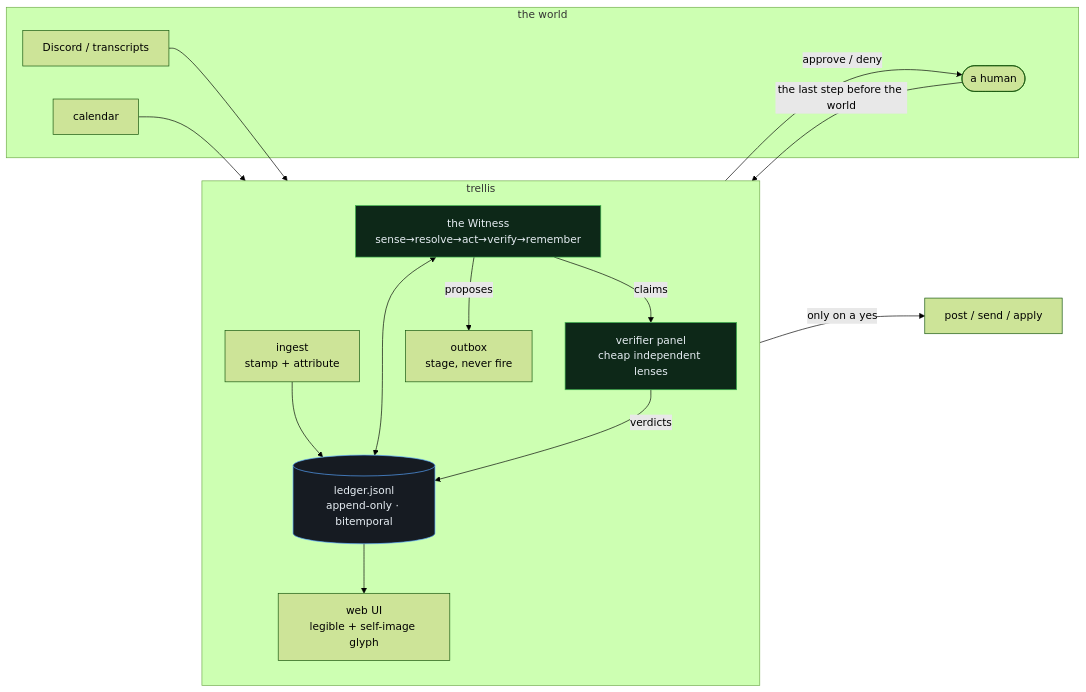
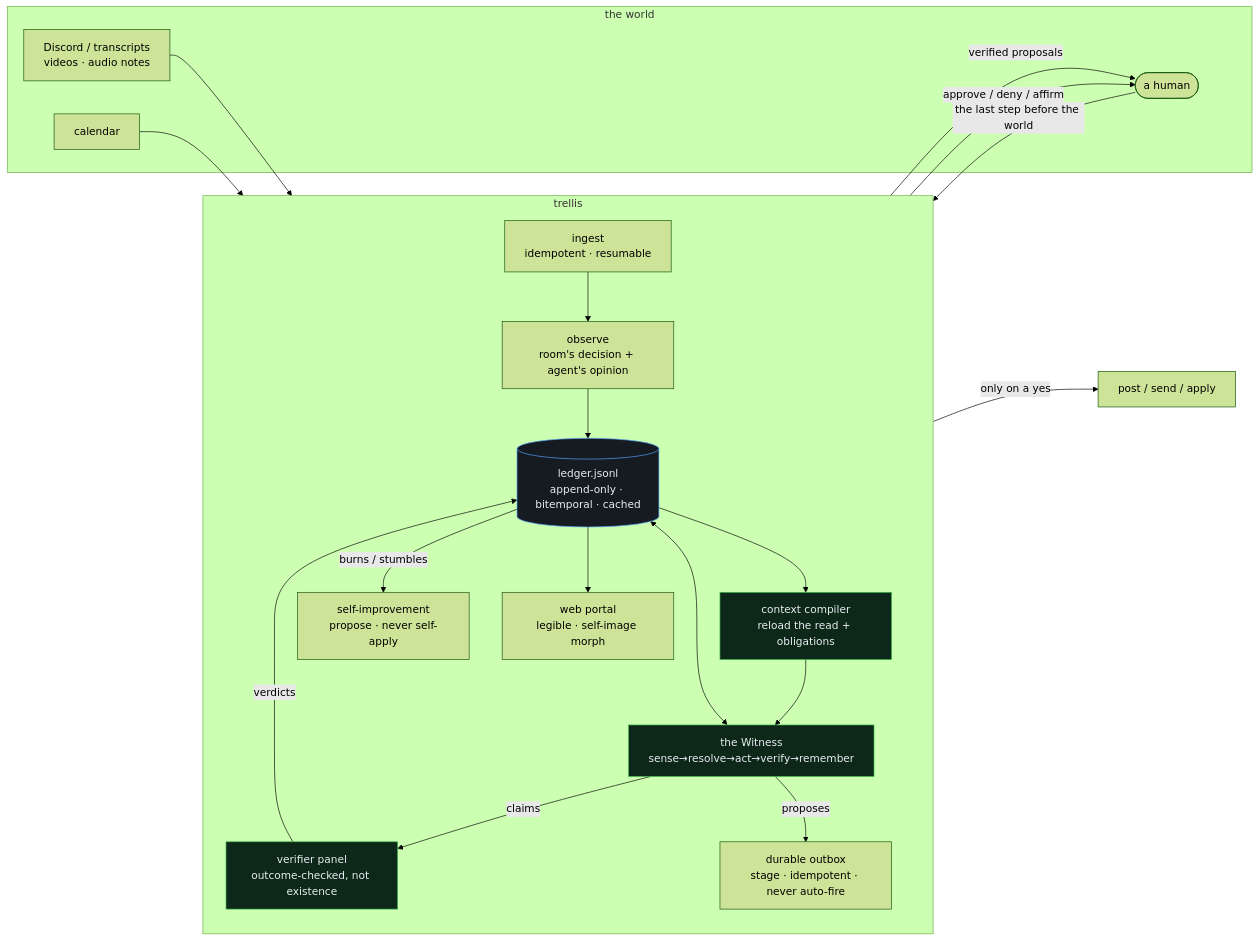
Before and after one commit to ClumsyWizardHands/trellis: the first of 2 diagrams in README.md, drawn with Mermaid (forest theme). The commit also changed other lines of this file and 3 other files, not shown here.

````diff
--- a/README.md
+++ b/README.md
@@ -38,32 +49,38 @@
 ```mermaid
 flowchart LR
     subgraph world["the world"]
-        DISCORD["Discord / transcripts"]
+        DISCORD["Discord / transcripts<br/>videos · audio notes"]
         CAL["calendar"]
         HUMAN(["a human"])
     end
     subgraph trellis["trellis"]
         direction TB
-        INGEST["ingest<br/>stamp + attribute"]
-        LEDGER[("ledger.jsonl<br/>append-only · bitemporal")]
+        INGEST["ingest<br/>idempotent · resumable"]
+        OBSERVE["observe<br/>room's decision + agent's opinion"]
+        LEDGER[("ledger.jsonl<br/>append-only · bitemporal · cached")]
+        COMPILE["context compiler<br/>reload the read + obligations"]
         WITNESS["the Witness<br/>sense→resolve→act→verify→remember"]
-        PANEL["verifier panel<br/>cheap independent lenses"]
-        OUTBOX["outbox<br/>stage, never fire"]
-        UI["web UI<br/>legible + self-image glyph"]
+        PANEL["verifier panel<br/>outcome-checked, not existence"]
+        IMPROVE["self-improvement<br/>propose · never self-apply"]
+        OUTBOX["durable outbox<br/>stage · idempotent · never auto-fire"]
+        UI["web portal<br/>legible · self-image morph"]
     end
     DISCORD --> INGEST
     CAL --> INGEST
-    INGEST --> LEDGER
+    INGEST --> OBSERVE --> LEDGER
+    LEDGER --> COMPILE --> WITNESS
     WITNESS <--> LEDGER
     WITNESS -- claims --> PANEL
     PANEL -- verdicts --> LEDGER
+    LEDGER -- burns / stumbles --> IMPROVE
+    IMPROVE -- verified proposals --> HUMAN
     WITNESS -- proposes --> OUTBOX
     LEDGER --> UI
-    UI -- approve / deny --> HUMAN
+    UI -- approve / deny / affirm --> HUMAN
     HUMAN -- the last step before the world --> OUTBOX
     OUTBOX -- only on a yes --> ACTION["post / send / apply"]
     classDef store fill:#161b22,stroke:#58a6ff,color:#e6edf3
     classDef act fill:#0d2818,stroke:#3fb950,color:#e6edf3
     class LEDGER store
-    class WITNESS,PANEL act
+    class WITNESS,PANEL,COMPILE act
 ```
````
